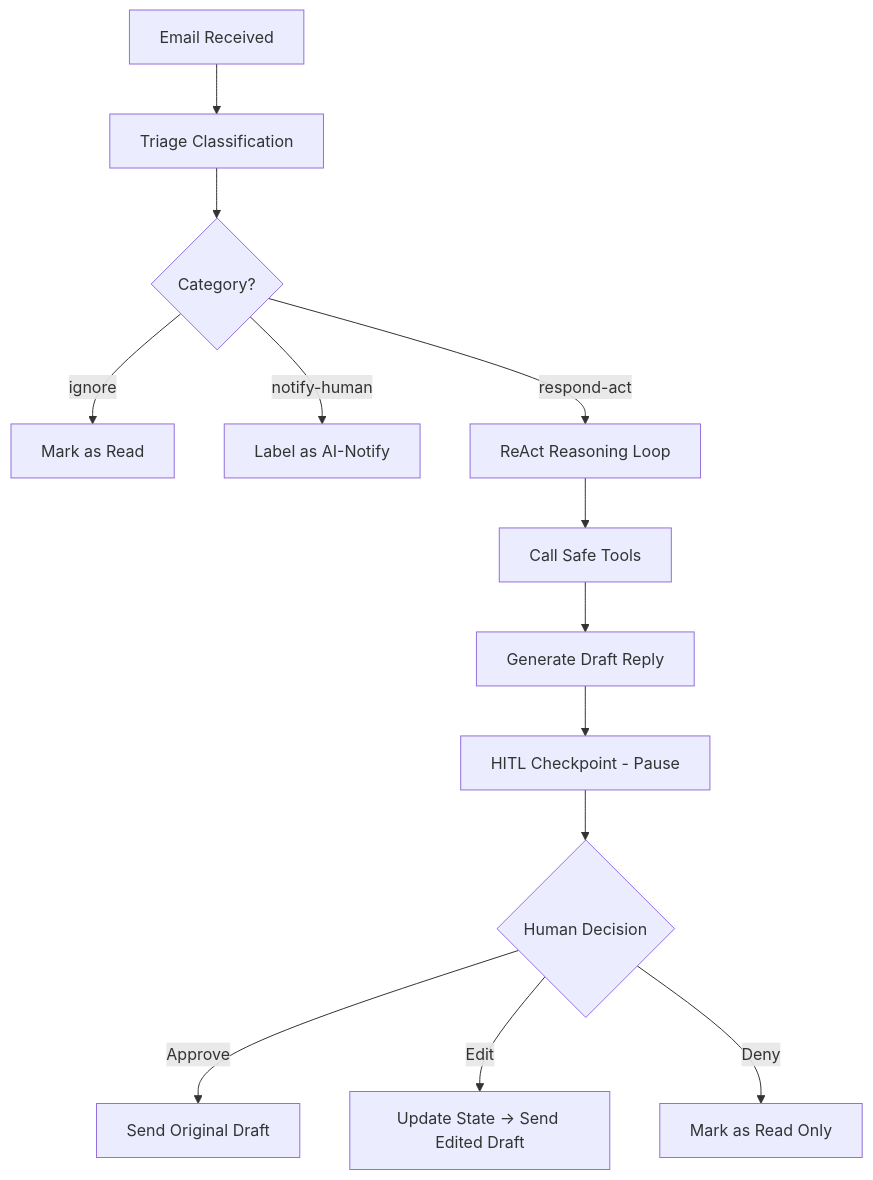
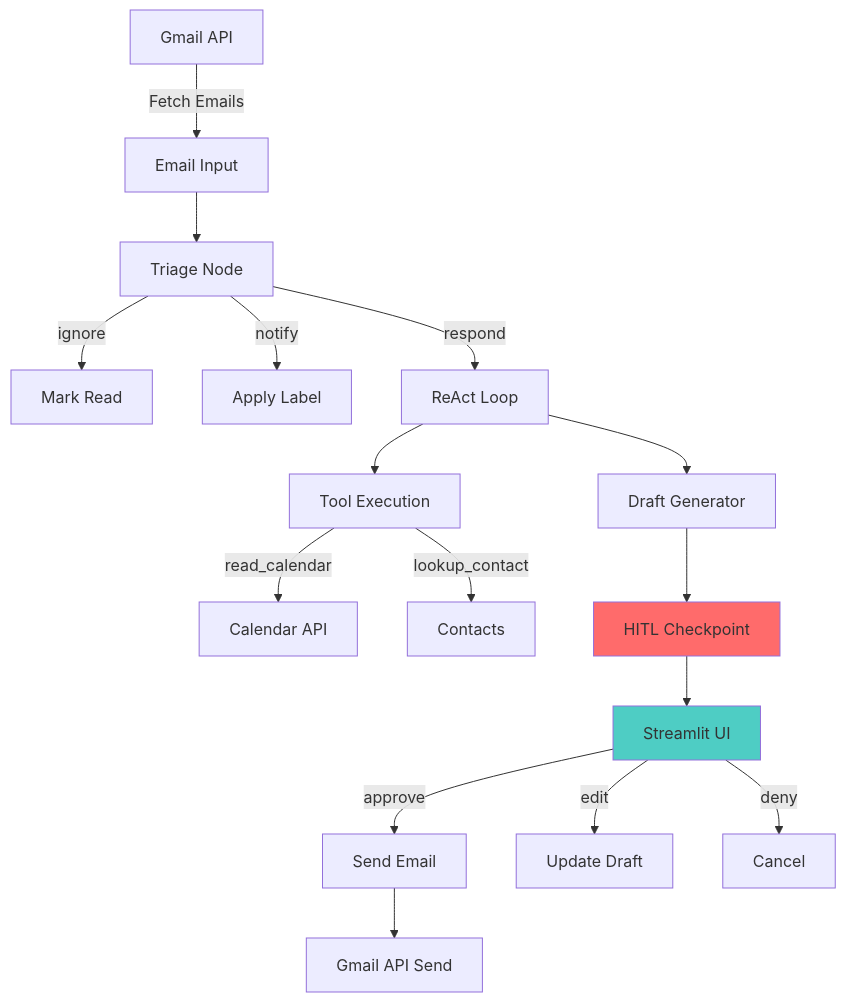
The second of 2 diagrams in README.md (Intern-11111/langgraph-email-assistant), drawn with Mermaid before and after one commit. The commit also changed other lines of this file and 10 other files, not shown here.

````diff
--- a/README.md
+++ b/README.md
@@ -269,15 +129,21 @@
 ```mermaid
 graph TD
-    A[Email Received] --> B[Triage Classification]
-    B --> C{Category?}
-    C -->|ignore| D[Mark as Read]
-    C -->|notify-human| E[Label as AI-Notify]
-    C -->|respond-act| F[ReAct Reasoning Loop]
-    F --> G[Call Safe Tools]
-    G --> H[Generate Draft Reply]
-    H --> I[HITL Checkpoint - Pause]
-    I --> J{Human Decision}
-    J -->|Approve| K[Send Original Draft]
-    J -->|Edit| L[Update State → Send Edited Draft]
-    J -->|Deny| M[Mark as Read Only]
+    A[Gmail API] -->|Fetch Emails| B[Email Input]
+    B --> C[Triage Node]
+    C -->|ignore| D[Mark Read]
+    C -->|notify| E[Apply Label]
+    C -->|respond| F[ReAct Loop]
+    F --> G[Tool Execution]
+    G -->|read_calendar| H[Calendar API]
+    G -->|lookup_contact| I[Contacts]
+    F --> J[Draft Generator]
+    J --> K[HITL Checkpoint]
+    K --> L[Streamlit UI]
+    L -->|approve| M[Send Email]
+    L -->|edit| N[Update Draft]
+    L -->|deny| O[Cancel]
+    M --> P[Gmail API Send]
+    
+    style K fill:#ff6b6b
+    style L fill:#4ecdc4
 ```
````
